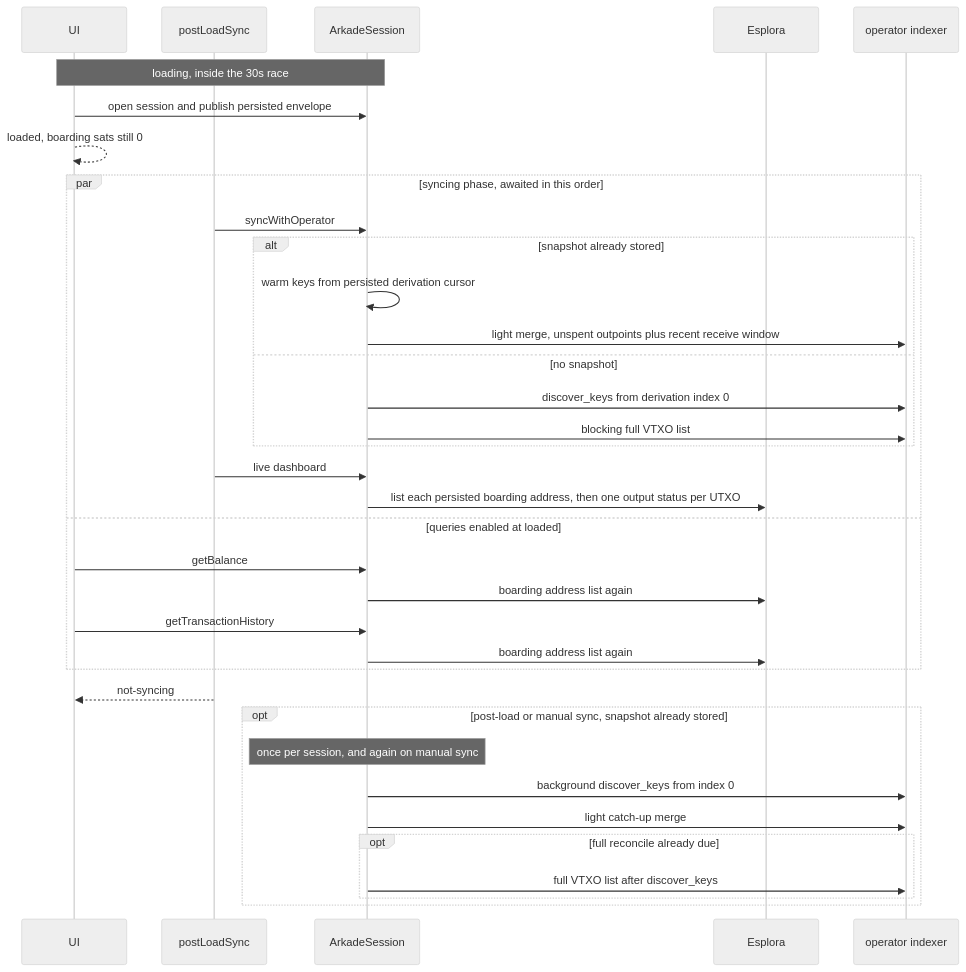
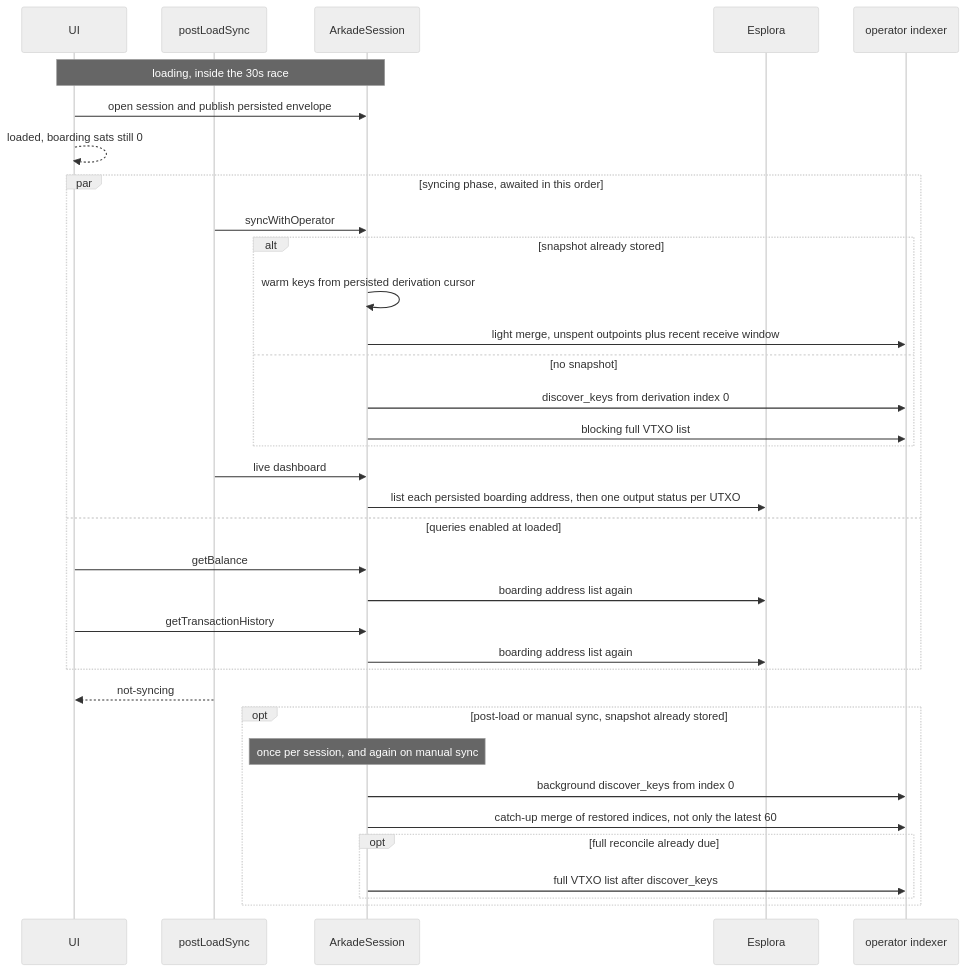
Before and after one commit to Radivis/bitboard-pwa-wallet: the third of 3 diagrams in docs/wallet-rail-lifecycle.md, drawn with Mermaid (neutral theme). The commit also changed other lines of this file and 15 other files, not shown here.

````diff
--- a/docs/wallet-rail-lifecycle.md
+++ b/docs/wallet-rail-lifecycle.md
@@ -484,40 +484,40 @@
 ```mermaid
 sequenceDiagram
   participant UI
   participant Sync as postLoadSync
   participant Wasm as ArkadeSession
   participant Esplora
   participant Indexer as operator indexer
 
   Note over UI,Wasm: loading, inside the 30s race
   UI->>Wasm: open session and publish persisted envelope
   UI-->>UI: loaded, boarding sats still 0
 
   par syncing phase, awaited in this order
     Sync->>Wasm: syncWithOperator
     alt snapshot already stored
       Wasm->>Wasm: warm keys from persisted derivation cursor
       Wasm->>Indexer: light merge, unspent outpoints plus recent receive window
     else no snapshot
       Wasm->>Indexer: discover_keys from derivation index 0
       Wasm->>Indexer: blocking full VTXO list
     end
     Sync->>Wasm: live dashboard
     Wasm->>Esplora: list each persisted boarding address, then one output status per UTXO
   and queries enabled at loaded
     UI->>Wasm: getBalance
     Wasm->>Esplora: boarding address list again
     UI->>Wasm: getTransactionHistory
     Wasm->>Esplora: boarding address list again
   end
 
   Sync-->>UI: not-syncing
   opt post-load or manual sync, snapshot already stored
     Note over Wasm: once per session, and again on manual sync
     Wasm->>Indexer: background discover_keys from index 0
-    Wasm->>Indexer: light catch-up merge
+    Wasm->>Indexer: catch-up merge of restored indices, not only the latest 60
     opt full reconcile already due
       Wasm->>Indexer: full VTXO list after discover_keys
     end
   end
 ```
````
